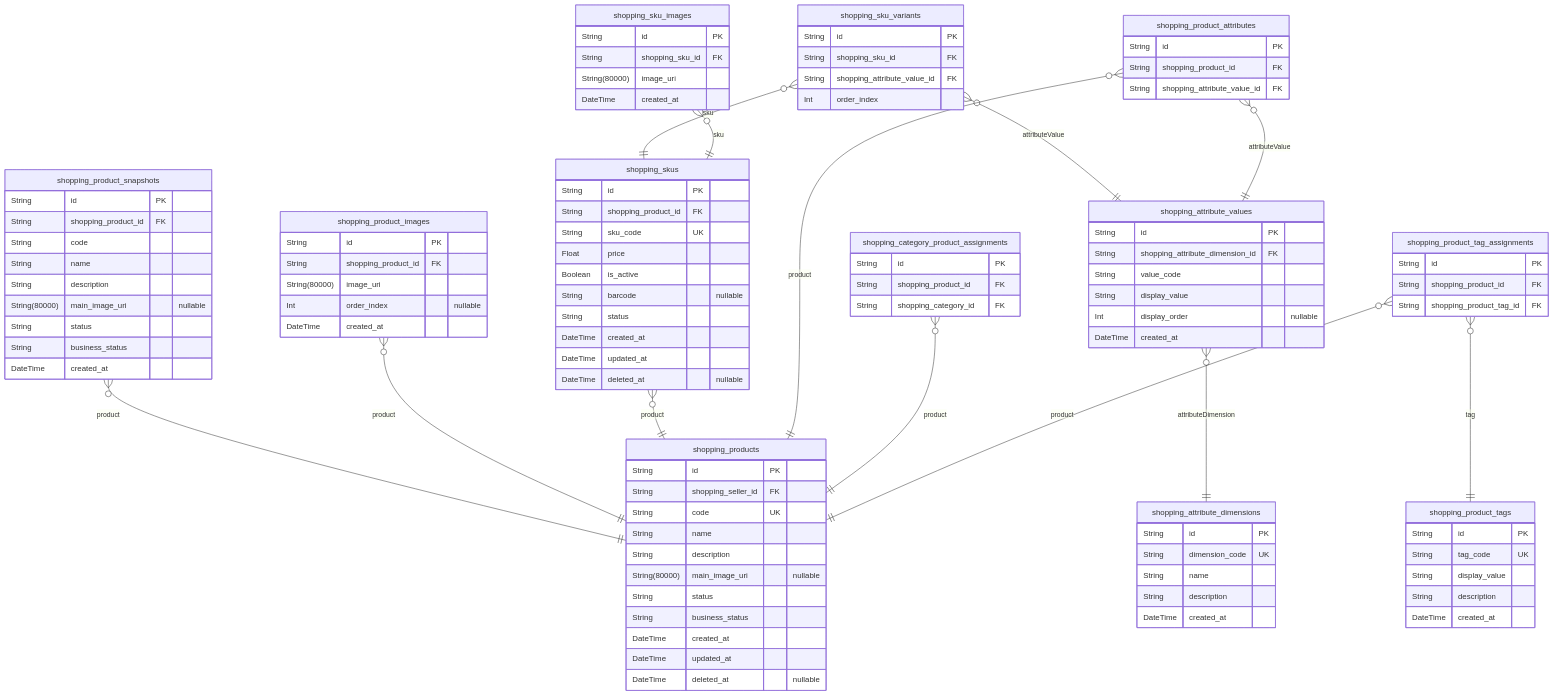
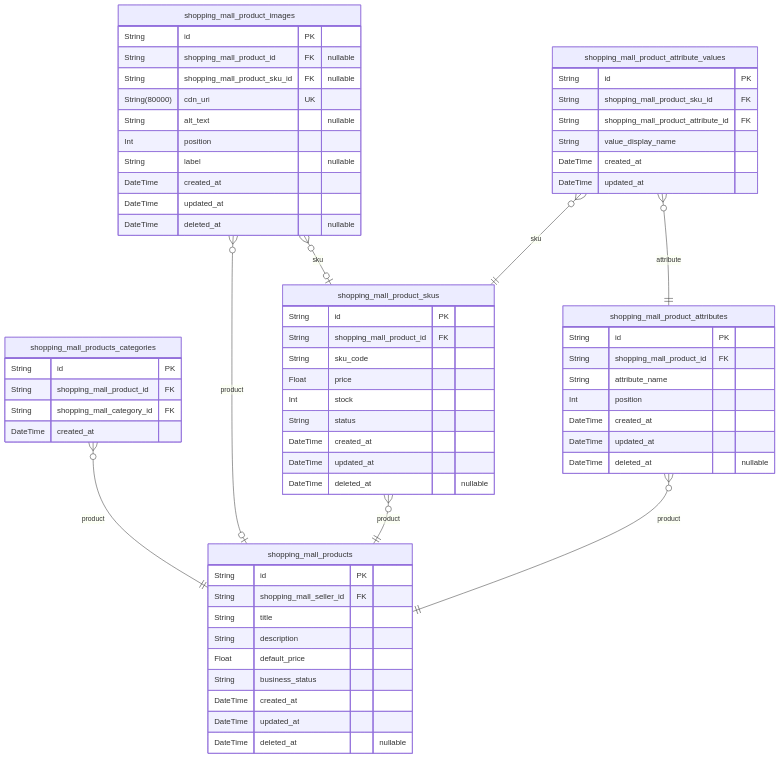
One commit to wrtnlabs/autobe-examples changed the third of 10 diagrams in openai/gpt-4.1/shopping/docs/ERD.md. Above: the diagram before and after it, drawn with Mermaid. The commit also changed other lines of this file and 22498 other files, not shown here.

````diff
--- a/openai/gpt-4.1/shopping/docs/ERD.md
+++ b/openai/gpt-4.1/shopping/docs/ERD.md
@@ -596,107 +515,67 @@
 ```mermaid
 erDiagram
-"shopping_products" {
+"shopping_mall_products" {
   String id PK
-  String shopping_seller_id FK
-  String code UK
-  String name
+  String shopping_mall_seller_id FK
+  String title
   String description
-  String(80000) main_image_uri "nullable"
-  String status
+  Float default_price
   String business_status
   DateTime created_at
   DateTime updated_at
   DateTime deleted_at "nullable"
 }
-"shopping_product_snapshots" {
+"shopping_mall_products_categories" {
   String id PK
-  String shopping_product_id FK
-  String code
-  String name
-  String description
-  String(80000) main_image_uri "nullable"
-  String status
-  String business_status
+  String shopping_mall_product_id FK
+  String shopping_mall_category_id FK
   DateTime created_at
 }
-"shopping_product_images" {
+"shopping_mall_product_skus" {
   String id PK
-  String shopping_product_id FK
-  String(80000) image_uri
-  Int order_index "nullable"
-  DateTime created_at
-}
-"shopping_skus" {
-  String id PK
-  String shopping_product_id FK
-  String sku_code UK
+  String shopping_mall_product_id FK
+  String sku_code
   Float price
-  Boolean is_active
-  String barcode "nullable"
+  Int stock
   String status
   DateTime created_at
   DateTime updated_at
   DateTime deleted_at "nullable"
 }
-"shopping_sku_variants" {
+"shopping_mall_product_images" {
   String id PK
-  String shopping_sku_id FK
-  String shopping_attribute_value_id FK
-  Int order_index
+  String shopping_mall_product_id FK "nullable"
+  String shopping_mall_product_sku_id FK "nullable"
+  String(80000) cdn_uri UK
+  String alt_text "nullable"
+  Int position
+  String label "nullable"
+  DateTime created_at
+  DateTime updated_at
+  DateTime deleted_at "nullable"
 }
-"shopping_sku_images" {
+"shopping_mall_product_attributes" {
   String id PK
-  String shopping_sku_id FK
-  String(80000) image_uri
+  String shopping_mall_product_id FK
+  String attribute_name
+  Int position
   DateTime created_at
+  DateTime updated_at
+  DateTime deleted_at "nullable"
 }
-"shopping_attribute_dimensions" {
+"shopping_mall_product_attribute_values" {
   String id PK
-  String dimension_code UK
-  String name
-  String description
+  String shopping_mall_product_sku_id FK
+  String shopping_mall_product_attribute_id FK
+  String value_display_name
   DateTime created_at
+  DateTime updated_at
 }
-"shopping_attribute_values" {
-  String id PK
-  String shopping_attribute_dimension_id FK
-  String value_code
-  String display_value
-  Int display_order "nullable"
-  DateTime created_at
-}
-"shopping_product_attributes" {
-  String id PK
-  String shopping_product_id FK
-  String shopping_attribute_value_id FK
-}
-"shopping_category_product_assignments" {
-  String id PK
-  String shopping_product_id FK
-  String shopping_category_id FK
-}
-"shopping_product_tags" {
-  String id PK
-  String tag_code UK
-  String display_value
-  String description
-  DateTime created_at
-}
-"shopping_product_tag_assignments" {
-  String id PK
-  String shopping_product_id FK
-  String shopping_product_tag_id FK
-}
-"shopping_product_snapshots" }o--|| "shopping_products" : product
-"shopping_product_images" }o--|| "shopping_products" : product
-"shopping_skus" }o--|| "shopping_products" : product
-"shopping_sku_variants" }o--|| "shopping_skus" : sku
-"shopping_sku_variants" }o--|| "shopping_attribute_values" : attributeValue
-"shopping_sku_images" }o--|| "shopping_skus" : sku
-"shopping_attribute_values" }o--|| "shopping_attribute_dimensions" : attributeDimension
-"shopping_product_attributes" }o--|| "shopping_products" : product
-"shopping_product_attributes" }o--|| "shopping_attribute_values" : attributeValue
-"shopping_category_product_assignments" }o--|| "shopping_products" : product
-"shopping_product_tag_assignments" }o--|| "shopping_products" : product
-"shopping_product_tag_assignments" }o--|| "shopping_product_tags" : tag
+"shopping_mall_products_categories" }o--|| "shopping_mall_products" : product
+"shopping_mall_product_skus" }o--|| "shopping_mall_products" : product
+"shopping_mall_product_images" }o--o| "shopping_mall_products" : product
+"shopping_mall_product_images" }o--o| "shopping_mall_product_skus" : sku
+"shopping_mall_product_attributes" }o--|| "shopping_mall_products" : product
+"shopping_mall_product_attribute_values" }o--|| "shopping_mall_product_skus" : sku
+"shopping_mall_product_attribute_values" }o--|| "shopping_mall_product_attributes" : attribute
 ```
````
